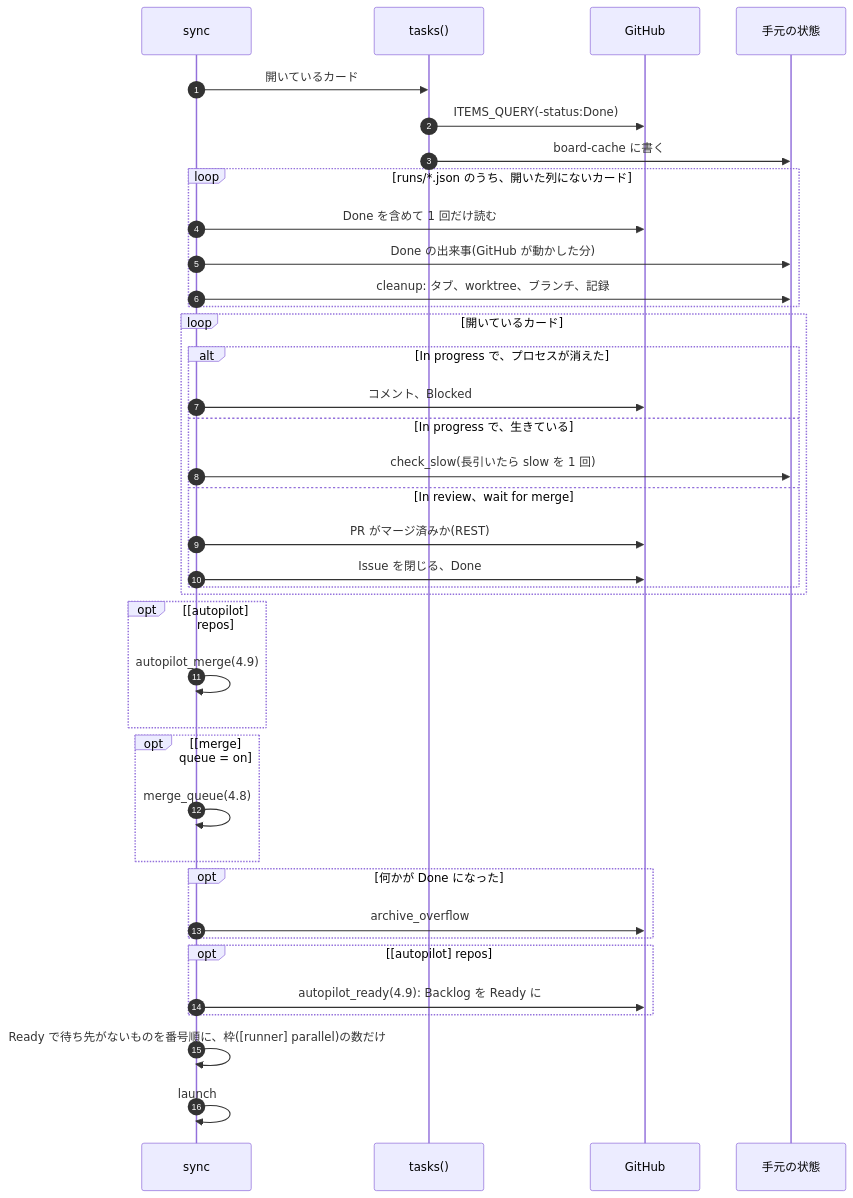
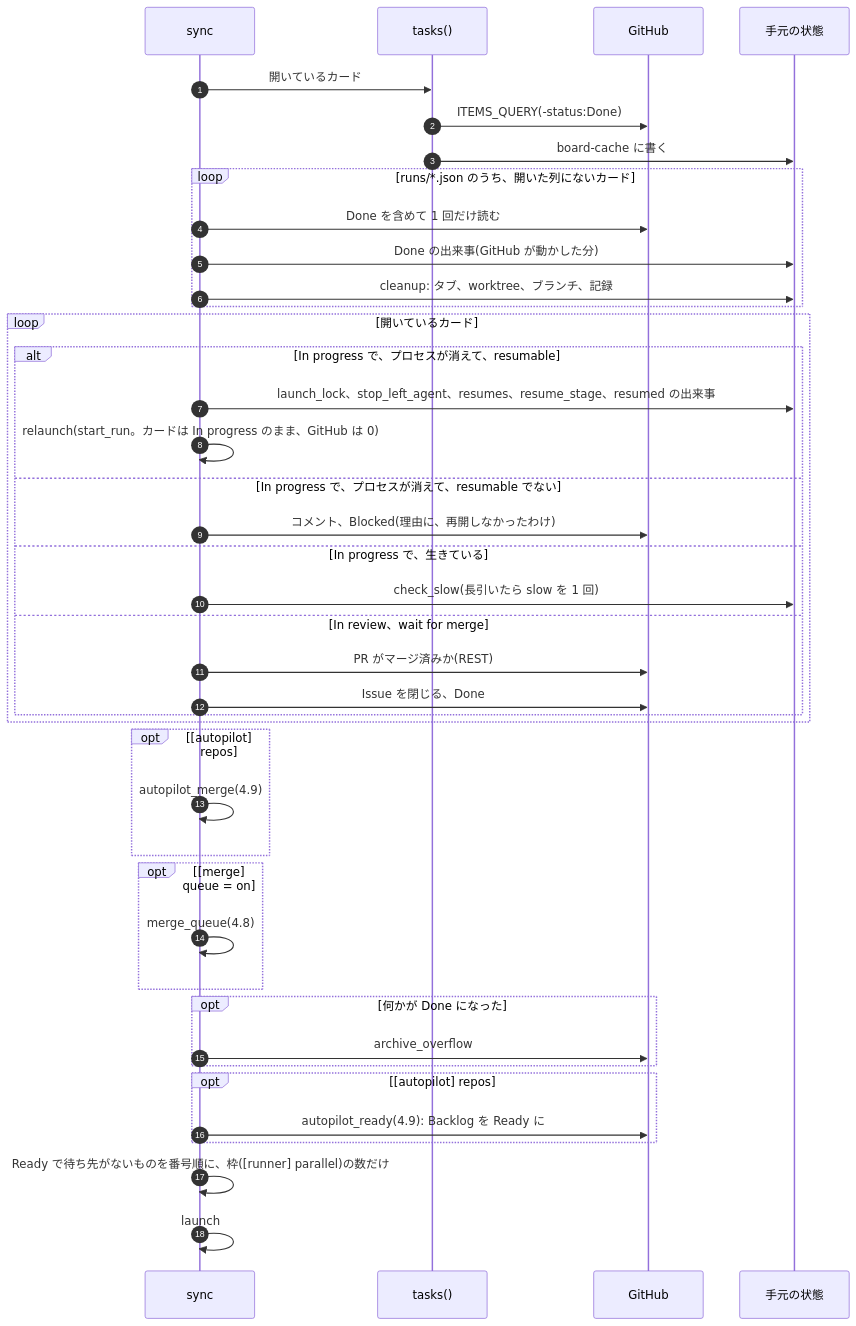
Before and after one commit to jyoka/task-hub: the fourth of 9 diagrams in docs/architecture/lld.md, drawn with Mermaid. The commit also changed other lines of this file and 10 other files, not shown here.

````diff
--- a/docs/architecture/lld.md
+++ b/docs/architecture/lld.md
@@ -185,40 +192,43 @@
 ```mermaid
 sequenceDiagram
     autonumber
     participant S as sync
     participant B as tasks()
     participant GH as GitHub
     participant L as 手元の状態
     S->>B: 開いているカード
     B->>GH: ITEMS_QUERY(-status:Done)
     B->>L: board-cache に書く
     loop runs/*.json のうち、開いた列にないカード
         S->>GH: Done を含めて 1 回だけ読む
         S->>L: Done の出来事(GitHub が動かした分)
         S->>L: cleanup: タブ、worktree、ブランチ、記録
     end
     loop 開いているカード
-        alt In progress で、プロセスが消えた
-            S->>GH: コメント、Blocked
+        alt In progress で、プロセスが消えて、resumable
+            S->>L: launch_lock、stop_left_agent、resumes、resume_stage、resumed の出来事
+            S->>S: relaunch(start_run。カードは In progress のまま、GitHub は 0)
+        else In progress で、プロセスが消えて、resumable でない
+            S->>GH: コメント、Blocked(理由に、再開しなかったわけ)
         else In progress で、生きている
             S->>L: check_slow(長引いたら slow を 1 回)
         else In review、wait for merge
             S->>GH: PR がマージ済みか(REST)
             S->>GH: Issue を閉じる、Done
         end
     end
     opt [autopilot] repos
         S->>S: autopilot_merge(4.9)
     end
     opt [merge] queue = on
         S->>S: merge_queue(4.8)
     end
     opt 何かが Done になった
         S->>GH: archive_overflow
     end
     opt [autopilot] repos
         S->>GH: autopilot_ready(4.9): Backlog を Ready に
     end
     S->>S: Ready で待ち先がないものを番号順に、枠([runner] parallel)の数だけ
     S->>S: launch
 ```
````
